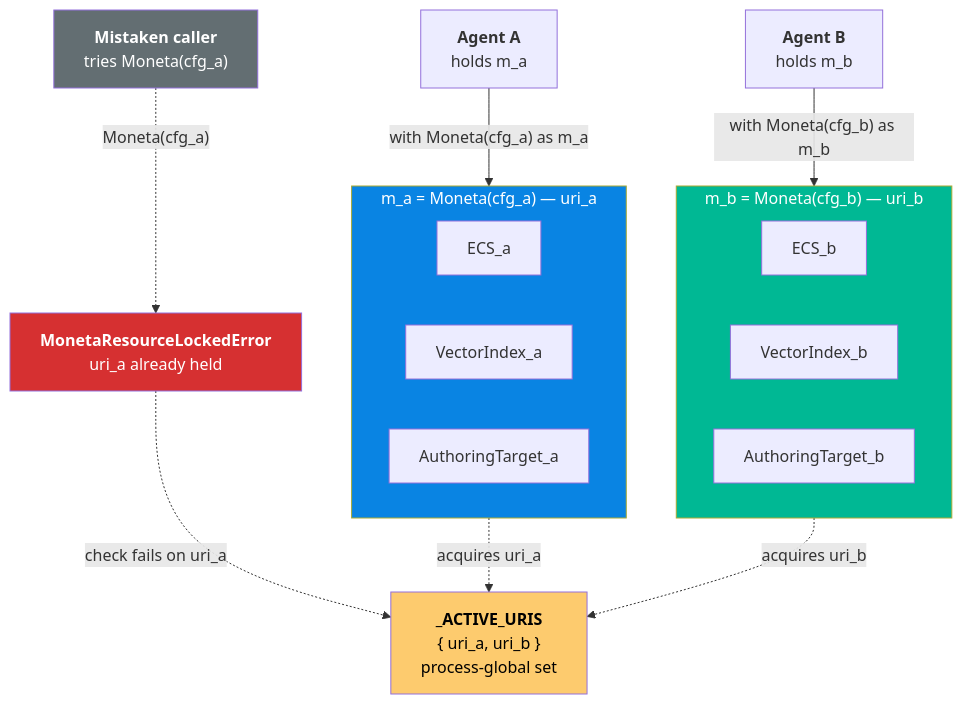
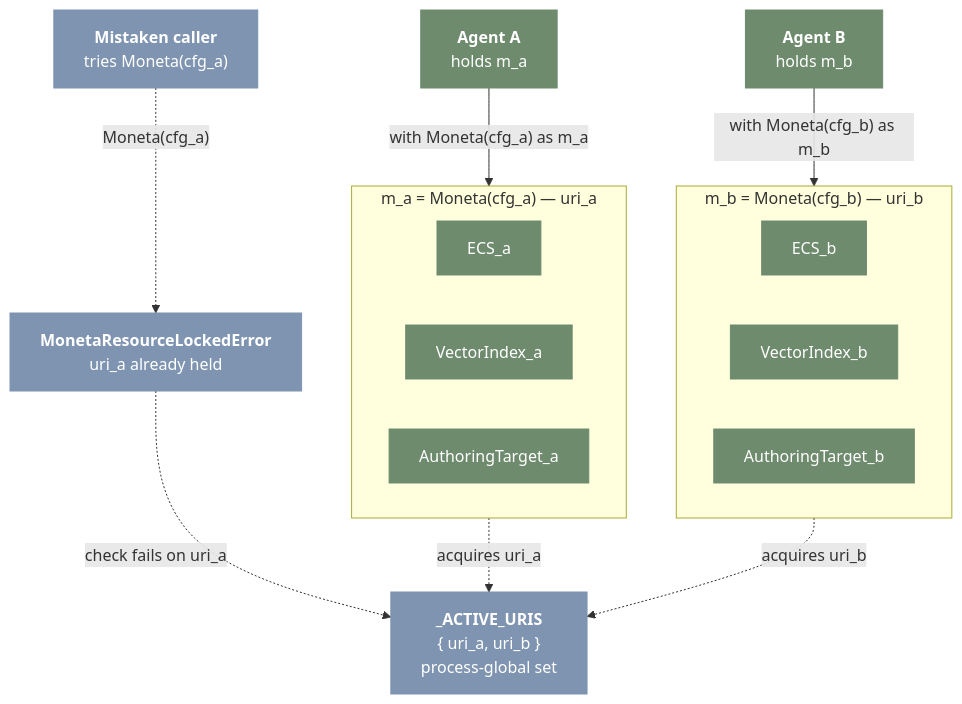
Before and after one commit to JosephOIbrahim/Moneta: the third of 8 diagrams in README.md, drawn with Mermaid. The commit also changed other lines of this file and 1 other file, not shown here.

````diff
--- a/README.md
+++ b/README.md
@@ -243,36 +250,36 @@
 ```mermaid
 graph TB
     agent_a["<b>Agent A</b><br/>holds m_a"]
     agent_b["<b>Agent B</b><br/>holds m_b"]
     agent_collide["<b>Mistaken caller</b><br/>tries Moneta(cfg_a)"]
 
     registry["<b>_ACTIVE_URIS</b><br/>{ uri_a, uri_b }<br/>process-global set"]
 
     subgraph m_a["m_a = Moneta(cfg_a) — uri_a"]
         ecs_a[ECS_a]
         vec_a[VectorIndex_a]
         target_a[AuthoringTarget_a]
     end
 
     subgraph m_b["m_b = Moneta(cfg_b) — uri_b"]
         ecs_b[ECS_b]
         vec_b[VectorIndex_b]
         target_b[AuthoringTarget_b]
     end
 
     collision["<b>MonetaResourceLockedError</b><br/>uri_a already held"]
 
     agent_a -->|"with Moneta(cfg_a) as m_a"| m_a
     agent_b -->|"with Moneta(cfg_b) as m_b"| m_b
     agent_collide -.->|"Moneta(cfg_a)"| collision
 
     m_a -.->|acquires uri_a| registry
     m_b -.->|acquires uri_b| registry
     collision -.->|check fails on uri_a| registry
 
-    style m_a fill:#0984e3,color:#fff
-    style m_b fill:#00b894,color:#fff
-    style registry fill:#fdcb6e,color:#000
-    style collision fill:#d63031,color:#fff
-    style agent_collide fill:#636e72,color:#fff
+    classDef green fill:#6E8B6E,color:#fff,stroke:#6E8B6E
+    classDef blue fill:#7E94B0,color:#fff,stroke:#7E94B0
+
+    class agent_a,agent_b,ecs_a,vec_a,target_a,ecs_b,vec_b,target_b green
+    class agent_collide,registry,collision blue
 ```
````
